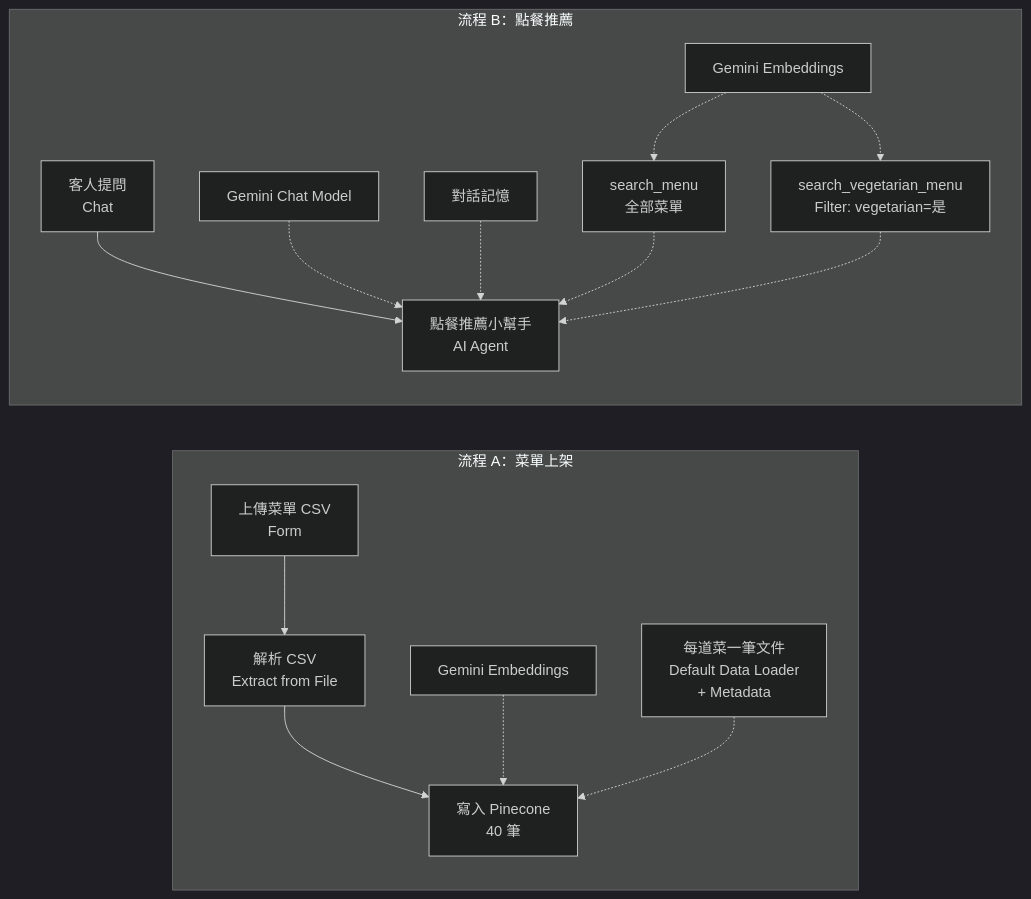
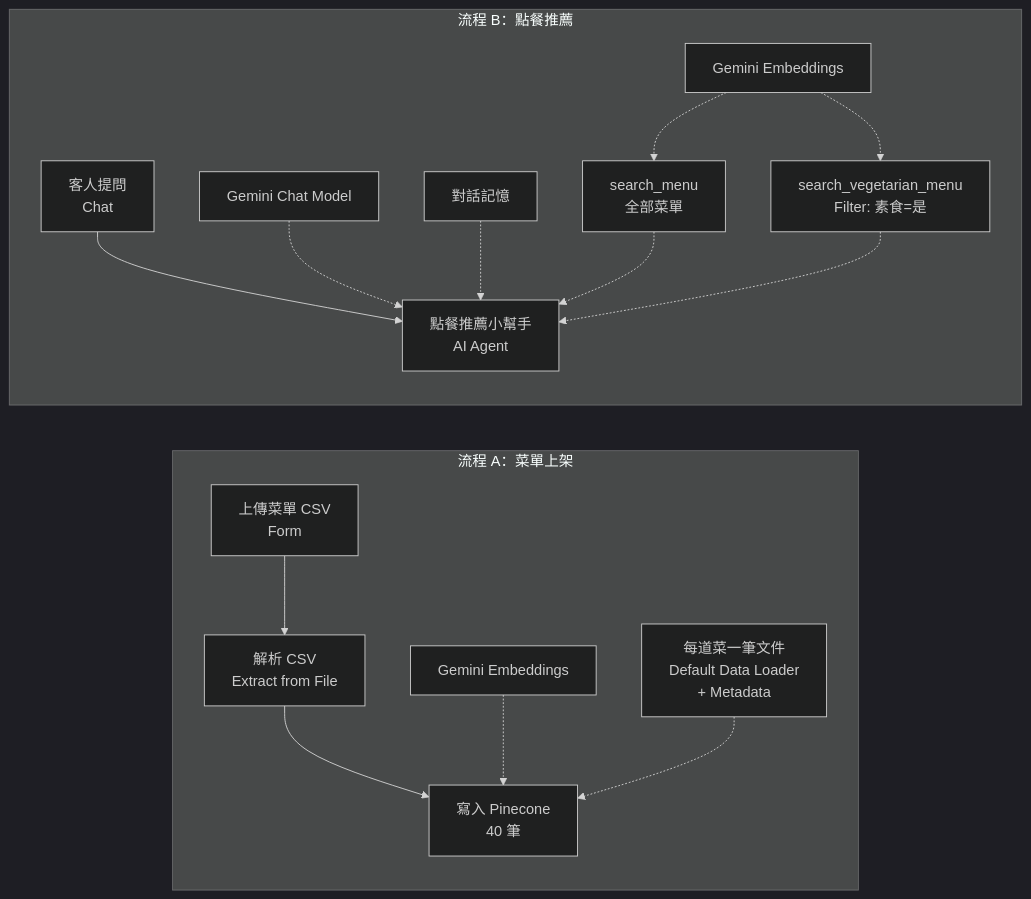
Before and after one commit to roberthsu2003/n8n: the diagram in 雲端資料庫整合/06_餐廳菜單智慧推薦/README.md, drawn with Mermaid (dark theme). The commit also changed other lines of this file and 24 other files, not shown here.

````diff
--- a/雲端資料庫整合/06_餐廳菜單智慧推薦/README.md
+++ b/雲端資料庫整合/06_餐廳菜單智慧推薦/README.md
@@ -63,18 +63,18 @@
 ```mermaid
 graph LR
     subgraph 流程A[流程 A：菜單上架]
         F[上傳菜單 CSV<br/>Form] --> X[解析 CSV<br/>Extract from File]
         X --> P1[寫入 Pinecone<br/>40 筆]
         E1[Gemini Embeddings] -.-> P1
         L[每道菜一筆文件<br/>Default Data Loader<br/>+ Metadata] -.-> P1
     end
     subgraph 流程B[流程 B：點餐推薦]
         C[客人提問<br/>Chat] --> AG[點餐推薦小幫手<br/>AI Agent]
         G[Gemini Chat Model] -.-> AG
         M[對話記憶] -.-> AG
         T1[search_menu<br/>全部菜單] -.-> AG
-        T2[search_vegetarian_menu<br/>Filter: vegetarian=是] -.-> AG
+        T2[search_vegetarian_menu<br/>Filter: 素食=是] -.-> AG
         E2[Gemini Embeddings] -.-> T1
         E2 -.-> T2
     end
 ```
````
